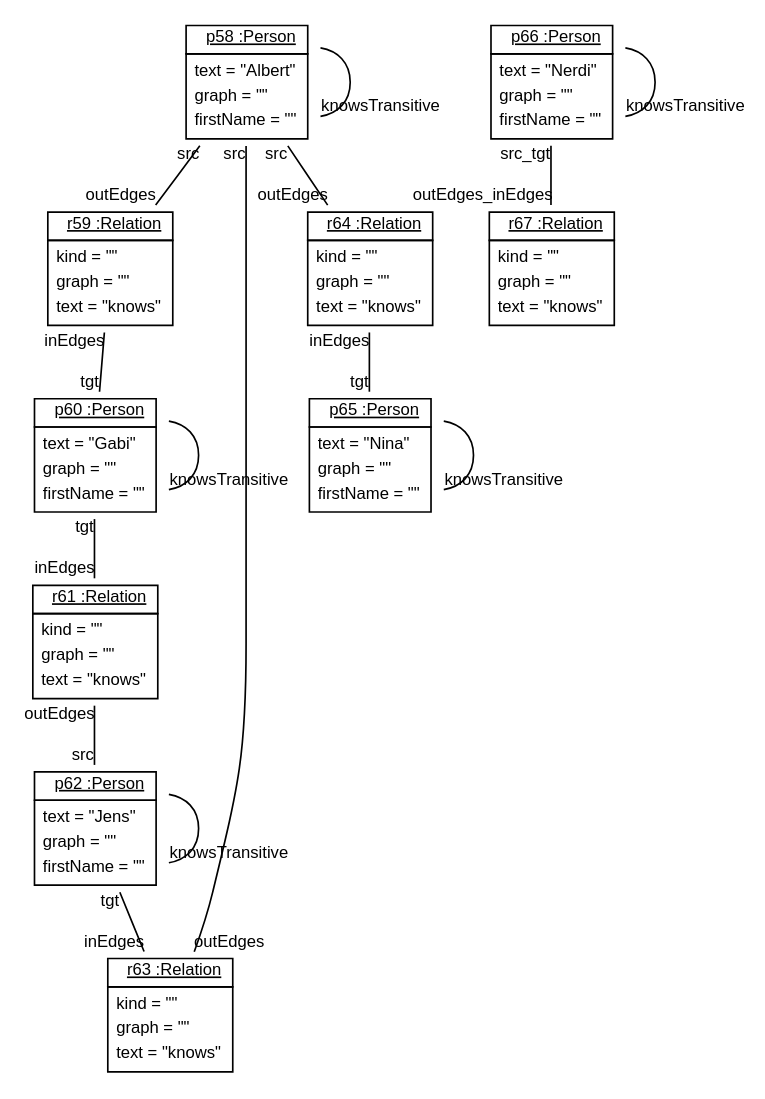
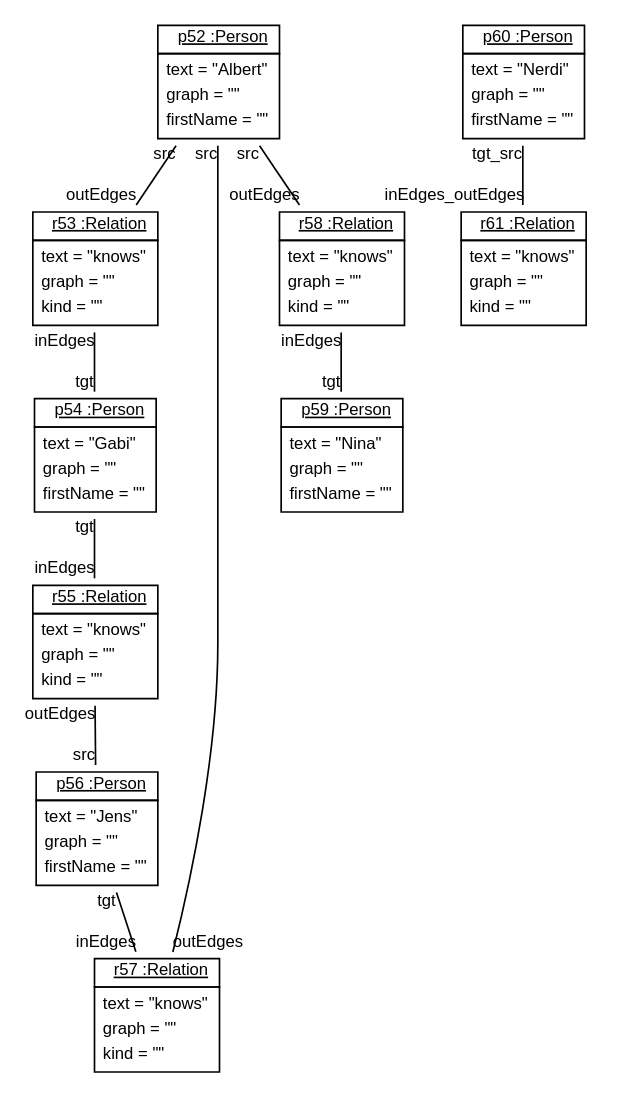
Before and after one commit to fujaba/SDMLib: the diagram in doc/BanfM2MTransformation20.dot, drawn with Graphviz. The commit also changed 150 other files, not shown here.

```diff
--- a/doc/BanfM2MTransformation20.dot
+++ b/doc/BanfM2MTransformation20.dot
@@ -1,31 +1,26 @@
 graph ObjectDiagram {
    node [shape = none, fontsize = 10, fontname = "Arial"];
    edge [fontsize = 10, fontname = "Arial"];
    compound=true;
 
-p58 [label=<<table border='0' cellborder='1' cellspacing='0'> <tr> <td href="../examples/org/sdmlib/examples/m2m/Person.java"> <u>p58 :Person</u></td></tr><tr><td><table border='0' cellborder='0' cellspacing='0'><tr><td align='left'>text = "Albert"</td></tr><tr><td align='left'>graph = ""</td></tr><tr><td align='left'>firstName = ""</td></tr></table></td></tr></table>>];
-r59 [label=<<table border='0' cellborder='1' cellspacing='0'> <tr> <td href="../examples/org/sdmlib/examples/m2m/Relation.java"> <u>r59 :Relation</u></td></tr><tr><td><table border='0' cellborder='0' cellspacing='0'><tr><td align='left'>kind = ""</td></tr><tr><td align='left'>graph = ""</td></tr><tr><td align='left'>text = "knows"</td></tr></table></td></tr></table>>];
-p60 [label=<<table border='0' cellborder='1' cellspacing='0'> <tr> <td href="../examples/org/sdmlib/examples/m2m/Person.java"> <u>p60 :Person</u></td></tr><tr><td><table border='0' cellborder='0' cellspacing='0'><tr><td align='left'>text = "Gabi"</td></tr><tr><td align='left'>graph = ""</td></tr><tr><td align='left'>firstName = ""</td></tr></table></td></tr></table>>];
-r61 [label=<<table border='0' cellborder='1' cellspacing='0'> <tr> <td href="../examples/org/sdmlib/examples/m2m/Relation.java"> <u>r61 :Relation</u></td></tr><tr><td><table border='0' cellborder='0' cellspacing='0'><tr><td align='left'>kind = ""</td></tr><tr><td align='left'>graph = ""</td></tr><tr><td align='left'>text = "knows"</td></tr></table></td></tr></table>>];
-p62 [label=<<table border='0' cellborder='1' cellspacing='0'> <tr> <td href="../examples/org/sdmlib/examples/m2m/Person.java"> <u>p62 :Person</u></td></tr><tr><td><table border='0' cellborder='0' cellspacing='0'><tr><td align='left'>text = "Jens"</td></tr><tr><td align='left'>graph = ""</td></tr><tr><td align='left'>firstName = ""</td></tr></table></td></tr></table>>];
-r63 [label=<<table border='0' cellborder='1' cellspacing='0'> <tr> <td href="../examples/org/sdmlib/examples/m2m/Relation.java"> <u>r63 :Relation</u></td></tr><tr><td><table border='0' cellborder='0' cellspacing='0'><tr><td align='left'>kind = ""</td></tr><tr><td align='left'>graph = ""</td></tr><tr><td align='left'>text = "knows"</td></tr></table></td></tr></table>>];
-r64 [label=<<table border='0' cellborder='1' cellspacing='0'> <tr> <td href="../examples/org/sdmlib/examples/m2m/Relation.java"> <u>r64 :Relation</u></td></tr><tr><td><table border='0' cellborder='0' cellspacing='0'><tr><td align='left'>kind = ""</td></tr><tr><td align='left'>graph = ""</td></tr><tr><td align='left'>text = "knows"</td></tr></table></td></tr></table>>];
-p65 [label=<<table border='0' cellborder='1' cellspacing='0'> <tr> <td href="../examples/org/sdmlib/examples/m2m/Person.java"> <u>p65 :Person</u></td></tr><tr><td><table border='0' cellborder='0' cellspacing='0'><tr><td align='left'>text = "Nina"</td></tr><tr><td align='left'>graph = ""</td></tr><tr><td align='left'>firstName = ""</td></tr></table></td></tr></table>>];
-p66 [label=<<table border='0' cellborder='1' cellspacing='0'> <tr> <td href="../examples/org/sdmlib/examples/m2m/Person.java"> <u>p66 :Person</u></td></tr><tr><td><table border='0' cellborder='0' cellspacing='0'><tr><td align='left'>text = "Nerdi"</td></tr><tr><td align='left'>graph = ""</td></tr><tr><td align='left'>firstName = ""</td></tr></table></td></tr></table>>];
-r67 [label=<<table border='0' cellborder='1' cellspacing='0'> <tr> <td href="../examples/org/sdmlib/examples/m2m/Relation.java"> <u>r67 :Relation</u></td></tr><tr><td><table border='0' cellborder='0' cellspacing='0'><tr><td align='left'>kind = ""</td></tr><tr><td align='left'>graph = ""</td></tr><tr><td align='left'>text = "knows"</td></tr></table></td></tr></table>>];
+p52 [label=<<table border='0' cellborder='1' cellspacing='0'> <tr> <td href="../examples/org/sdmlib/examples/m2m/model/Person.java"> <u>p52 :Person</u></td></tr><tr><td><table border='0' cellborder='0' cellspacing='0'><tr><td align='left'>text = "Albert"</td></tr><tr><td align='left'>graph = ""</td></tr><tr><td align='left'>firstName = ""</td></tr></table></td></tr></table>>];
+r53 [label=<<table border='0' cellborder='1' cellspacing='0'> <tr> <td href="../examples/org/sdmlib/examples/m2m/model/Relation.java"> <u>r53 :Relation</u></td></tr><tr><td><table border='0' cellborder='0' cellspacing='0'><tr><td align='left'>text = "knows"</td></tr><tr><td align='left'>graph = ""</td></tr><tr><td align='left'>kind = ""</td></tr></table></td></tr></table>>];
+p54 [label=<<table border='0' cellborder='1' cellspacing='0'> <tr> <td href="../examples/org/sdmlib/examples/m2m/model/Person.java"> <u>p54 :Person</u></td></tr><tr><td><table border='0' cellborder='0' cellspacing='0'><tr><td align='left'>text = "Gabi"</td></tr><tr><td align='left'>graph = ""</td></tr><tr><td align='left'>firstName = ""</td></tr></table></td></tr></table>>];
+r55 [label=<<table border='0' cellborder='1' cellspacing='0'> <tr> <td href="../examples/org/sdmlib/examples/m2m/model/Relation.java"> <u>r55 :Relation</u></td></tr><tr><td><table border='0' cellborder='0' cellspacing='0'><tr><td align='left'>text = "knows"</td></tr><tr><td align='left'>graph = ""</td></tr><tr><td align='left'>kind = ""</td></tr></table></td></tr></table>>];
+p56 [label=<<table border='0' cellborder='1' cellspacing='0'> <tr> <td href="../examples/org/sdmlib/examples/m2m/model/Person.java"> <u>p56 :Person</u></td></tr><tr><td><table border='0' cellborder='0' cellspacing='0'><tr><td align='left'>text = "Jens"</td></tr><tr><td align='left'>graph = ""</td></tr><tr><td align='left'>firstName = ""</td></tr></table></td></tr></table>>];
+r57 [label=<<table border='0' cellborder='1' cellspacing='0'> <tr> <td href="../examples/org/sdmlib/examples/m2m/model/Relation.java"> <u>r57 :Relation</u></td></tr><tr><td><table border='0' cellborder='0' cellspacing='0'><tr><td align='left'>text = "knows"</td></tr><tr><td align='left'>graph = ""</td></tr><tr><td align='left'>kind = ""</td></tr></table></td></tr></table>>];
+r58 [label=<<table border='0' cellborder='1' cellspacing='0'> <tr> <td href="../examples/org/sdmlib/examples/m2m/model/Relation.java"> <u>r58 :Relation</u></td></tr><tr><td><table border='0' cellborder='0' cellspacing='0'><tr><td align='left'>text = "knows"</td></tr><tr><td align='left'>graph = ""</td></tr><tr><td align='left'>kind = ""</td></tr></table></td></tr></table>>];
+p59 [label=<<table border='0' cellborder='1' cellspacing='0'> <tr> <td href="../examples/org/sdmlib/examples/m2m/model/Person.java"> <u>p59 :Person</u></td></tr><tr><td><table border='0' cellborder='0' cellspacing='0'><tr><td align='left'>text = "Nina"</td></tr><tr><td align='left'>graph = ""</td></tr><tr><td align='left'>firstName = ""</td></tr></table></td></tr></table>>];
+p60 [label=<<table border='0' cellborder='1' cellspacing='0'> <tr> <td href="../examples/org/sdmlib/examples/m2m/model/Person.java"> <u>p60 :Person</u></td></tr><tr><td><table border='0' cellborder='0' cellspacing='0'><tr><td align='left'>text = "Nerdi"</td></tr><tr><td align='left'>graph = ""</td></tr><tr><td align='left'>firstName = ""</td></tr></table></td></tr></table>>];
+r61 [label=<<table border='0' cellborder='1' cellspacing='0'> <tr> <td href="../examples/org/sdmlib/examples/m2m/model/Relation.java"> <u>r61 :Relation</u></td></tr><tr><td><table border='0' cellborder='0' cellspacing='0'><tr><td align='left'>text = "knows"</td></tr><tr><td align='left'>graph = ""</td></tr><tr><td align='left'>kind = ""</td></tr></table></td></tr></table>>];
 
-p58 -- r59 [headlabel = "outEdges" taillabel = "src"];
-p58 -- r63 [headlabel = "outEdges" taillabel = "src"];
-p58 -- r64 [headlabel = "outEdges" taillabel = "src"];
-p58 -- p58 [headlabel = "knowsTransitive" taillabel = ""];
-r59 -- p60 [headlabel = "tgt" taillabel = "inEdges"];
-p60 -- r61 [headlabel = "inEdges" taillabel = "tgt"];
-p60 -- p60 [headlabel = "knowsTransitive" taillabel = ""];
-r61 -- p62 [headlabel = "src" taillabel = "outEdges"];
-p62 -- r63 [headlabel = "inEdges" taillabel = "tgt"];
-p62 -- p62 [headlabel = "knowsTransitive" taillabel = ""];
-r64 -- p65 [headlabel = "tgt" taillabel = "inEdges"];
-p65 -- p65 [headlabel = "knowsTransitive" taillabel = ""];
-p66 -- r67 [headlabel = "outEdges_inEdges" taillabel = "src_tgt"];
-p66 -- p66 [headlabel = "knowsTransitive" taillabel = ""];
+p52 -- r53 [headlabel = "outEdges" taillabel = "src"];
+p52 -- r57 [headlabel = "outEdges" taillabel = "src"];
+p52 -- r58 [headlabel = "outEdges" taillabel = "src"];
+r53 -- p54 [headlabel = "tgt" taillabel = "inEdges"];
+p54 -- r55 [headlabel = "inEdges" taillabel = "tgt"];
+r55 -- p56 [headlabel = "src" taillabel = "outEdges"];
+p56 -- r57 [headlabel = "inEdges" taillabel = "tgt"];
+r58 -- p59 [headlabel = "tgt" taillabel = "inEdges"];
+p60 -- r61 [headlabel = "inEdges_outEdges" taillabel = "tgt_src"];
 }
```
